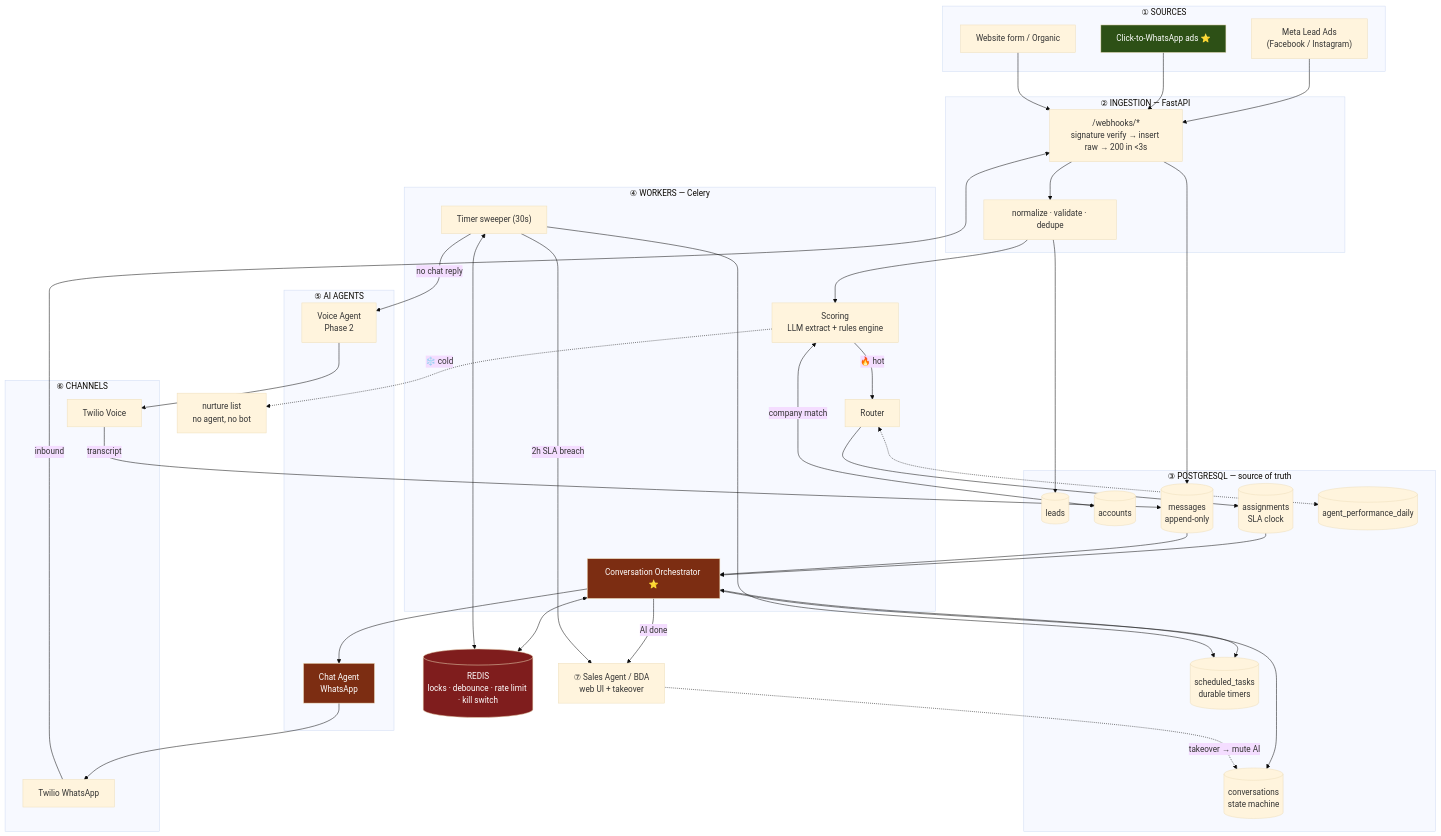
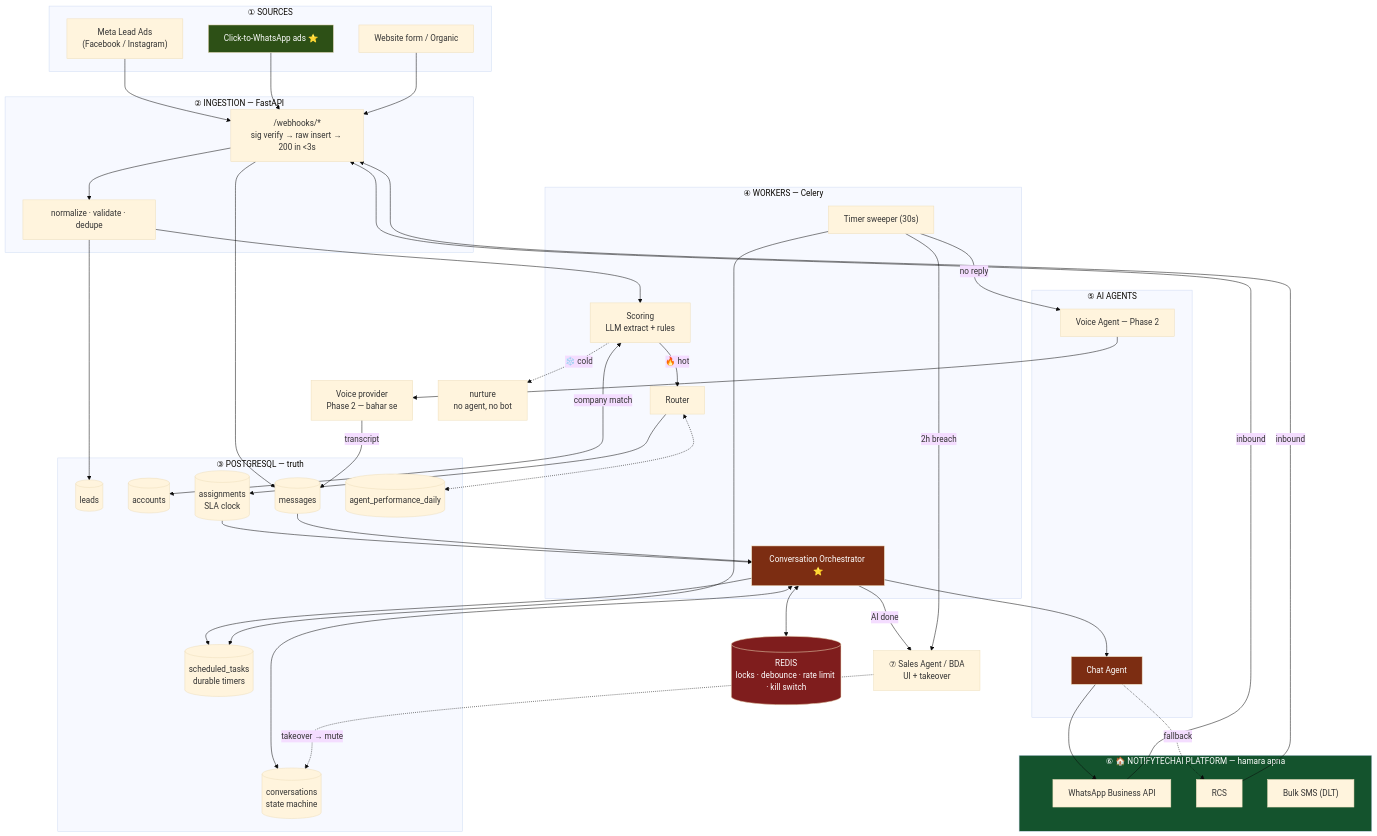
The first of 4 diagrams in TWOWAY.md (jitendra205saini/TwoWay_Ai_Agent), drawn with Mermaid (base theme) before and after one commit. The commit also changed other lines of this file, not shown here.

````diff
--- a/TWOWAY.md
+++ b/TWOWAY.md
@@ -11,77 +35,81 @@
 ```mermaid
 flowchart TB
     subgraph SRC["① SOURCES"]
         FB["Meta Lead Ads<br/>(Facebook / Instagram)"]
         CTWA["Click-to-WhatsApp ads ⭐"]
         WEB["Website form / Organic"]
     end
 
     subgraph EDGE["② INGESTION — FastAPI"]
-        WH["/webhooks/*<br/>signature verify → insert raw → 200 in &lt;3s"]
+        WH["/webhooks/*<br/>sig verify → raw insert → 200 in &lt;3s"]
         NORM["normalize · validate · dedupe"]
     end
 
-    subgraph DB["③ POSTGRESQL — source of truth"]
+    subgraph DB["③ POSTGRESQL — truth"]
         LEADS[("leads")]
         ACCT[("accounts")]
         CONV[("conversations<br/>state machine")]
-        MSG[("messages<br/>append-only")]
+        MSG[("messages")]
         SCHED[("scheduled_tasks<br/>durable timers")]
         ASSIGN[("assignments<br/>SLA clock")]
         PERF[("agent_performance_daily")]
     end
 
     subgraph WORK["④ WORKERS — Celery"]
-        SCORE["Scoring<br/>LLM extract + rules engine"]
+        SCORE["Scoring<br/>LLM extract + rules"]
         ROUTE["Router"]
         ORCH["Conversation Orchestrator ⭐"]
         SWEEP["Timer sweeper (30s)"]
     end
 
     subgraph AI["⑤ AI AGENTS"]
-        CHAT["Chat Agent<br/>WhatsApp"]
-        VOICE["Voice Agent<br/>Phase 2"]
+        CHAT["Chat Agent"]
+        VOICE["Voice Agent — Phase 2"]
     end
 
-    subgraph CH["⑥ CHANNELS"]
-        TW["Twilio WhatsApp"]
-        TV["Twilio Voice"]
+    subgraph OWN["⑥ 🏠 NOTIFYTECHAI PLATFORM — hamara apna"]
+        WA["WhatsApp Business API"]
+        RCS["RCS"]
+        SMS["Bulk SMS (DLT)"]
     end
 
-    REP["⑦ Sales Agent / BDA<br/>web UI + takeover"]
+    VOICE_P["Voice provider<br/>Phase 2 — bahar se"]
+    REP["⑦ Sales Agent / BDA<br/>UI + takeover"]
     RD[("REDIS<br/>locks · debounce · rate limit · kill switch")]
 
     FB --> WH
     CTWA --> WH
     WEB --> WH
     WH --> NORM
     NORM --> LEADS
     NORM --> SCORE
     SCORE <-->|company match| ACCT
     SCORE -->|"🔥 hot"| ROUTE
-    SCORE -.->|"❄️ cold"| X["nurture list<br/>no agent, no bot"]
+    SCORE -.->|"❄️ cold"| X["nurture<br/>no agent, no bot"]
     ROUTE --> ASSIGN
     ROUTE <-.-> PERF
     ASSIGN --> ORCH
     ORCH <--> CONV
     ORCH --> CHAT
-    CHAT --> TW
-    TW -->|inbound| WH
+    CHAT --> WA
+    CHAT -.->|fallback| RCS
+    WA -->|inbound| WH
+    RCS -->|inbound| WH
     WH --> MSG
     MSG --> ORCH
     ORCH --> SCHED
     SWEEP --> SCHED
-    SWEEP -->|no chat reply| VOICE
-    VOICE --> TV
-    TV -->|transcript| MSG
+    SWEEP -->|no reply| VOICE
+    VOICE --> VOICE_P
+    VOICE_P -->|transcript| MSG
     ORCH -->|AI done| REP
-    SWEEP -->|2h SLA breach| REP
-    REP -.->|takeover → mute AI| CONV
+    SWEEP -->|2h breach| REP
+    REP -.->|takeover → mute| CONV
     ORCH <--> RD
-    SWEEP <--> RD
 
+    style OWN fill:#14532d,color:#fff
     style ORCH fill:#7c2d12,color:#fff
     style CHAT fill:#7c2d12,color:#fff
     style CTWA fill:#2d5016,color:#fff
     style RD fill:#7f1d1d,color:#fff
 ```
````
